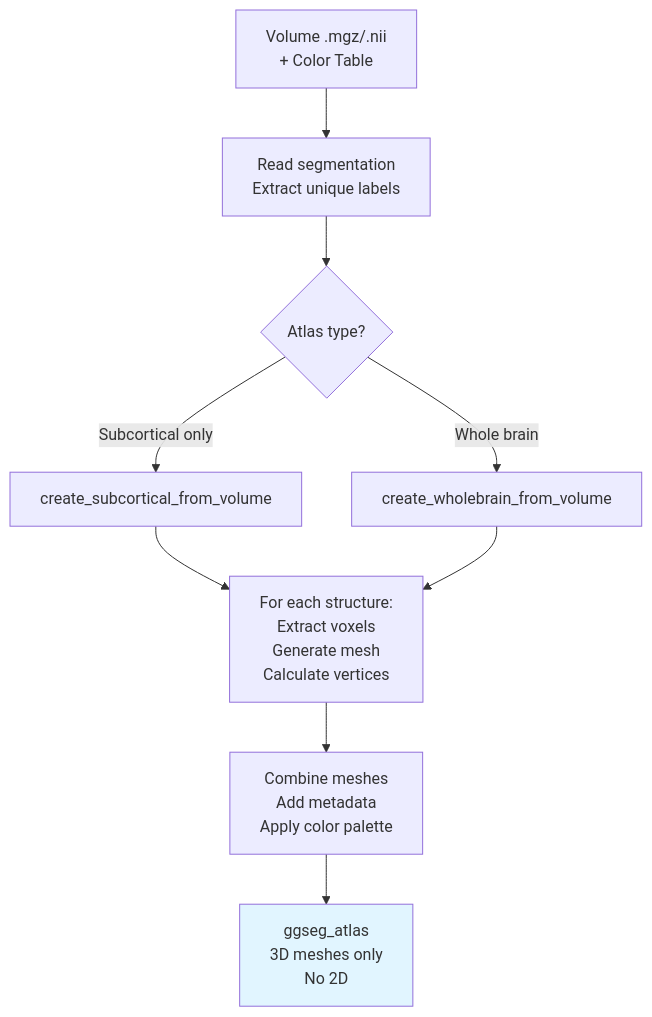
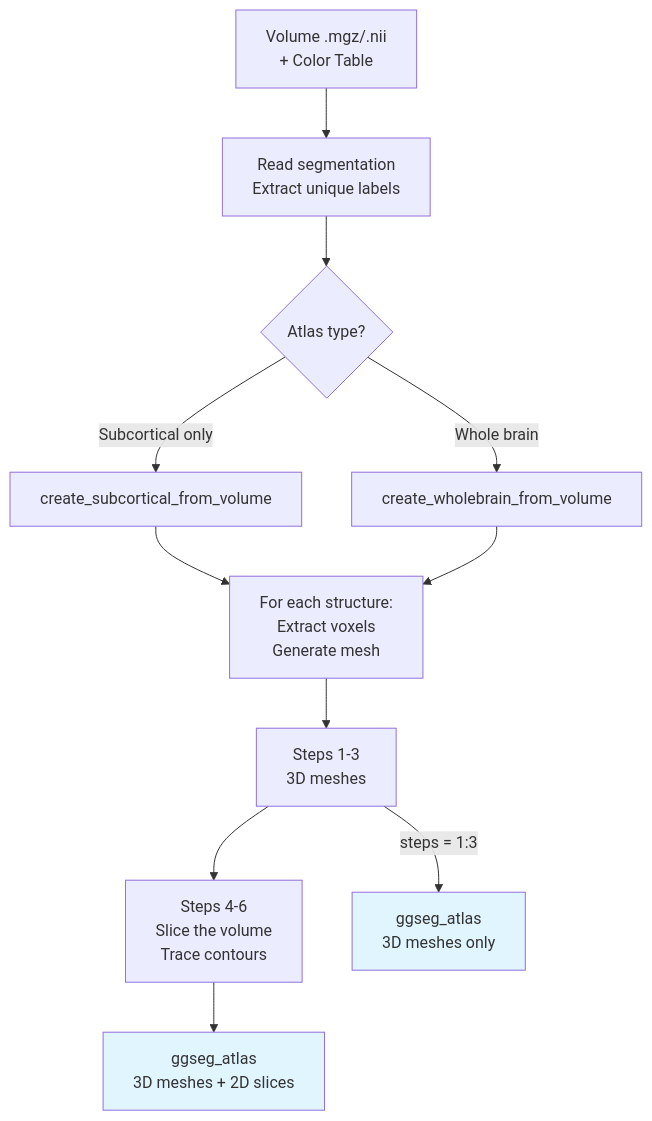
The third of 6 diagrams in articles/atlas-workflows.md (ggsegverse/ggseg.extra), drawn with Mermaid before and after one commit. The commit also changed other lines of this file and 102 other files, not shown here.

````diff
--- a/articles/atlas-workflows.md
+++ b/articles/atlas-workflows.md
@@ -111,15 +119,18 @@
 ``` mermaid
 flowchart TB
     A[Volume .mgz/.nii<br/>+ Color Table] --> B[Read segmentation<br/>Extract unique labels]
     B --> C{Atlas type?}
     C -->|Subcortical only| D[create_subcortical_from_volume]
     C -->|Whole brain| E[create_wholebrain_from_volume]
 
-    D --> F[For each structure:<br/>Extract voxels<br/>Generate mesh<br/>Calculate vertices]
+    D --> F[For each structure:<br/>Extract voxels<br/>Generate mesh]
     E --> F
 
-    F --> G[Combine meshes<br/>Add metadata<br/>Apply color palette]
-    G --> H[ggseg_atlas<br/>3D meshes only<br/>No 2D]
+    F --> G["Steps 1-3<br/>3D meshes"]
+    G --> S["Steps 4-6<br/>Slice the volume<br/>Trace contours"]
+    S --> H[ggseg_atlas<br/>3D meshes + 2D slices]
+    G -->|steps = 1:3| H2[ggseg_atlas<br/>3D meshes only]
 
     style H fill:#e1f5ff
+    style H2 fill:#e1f5ff
 ```
````
